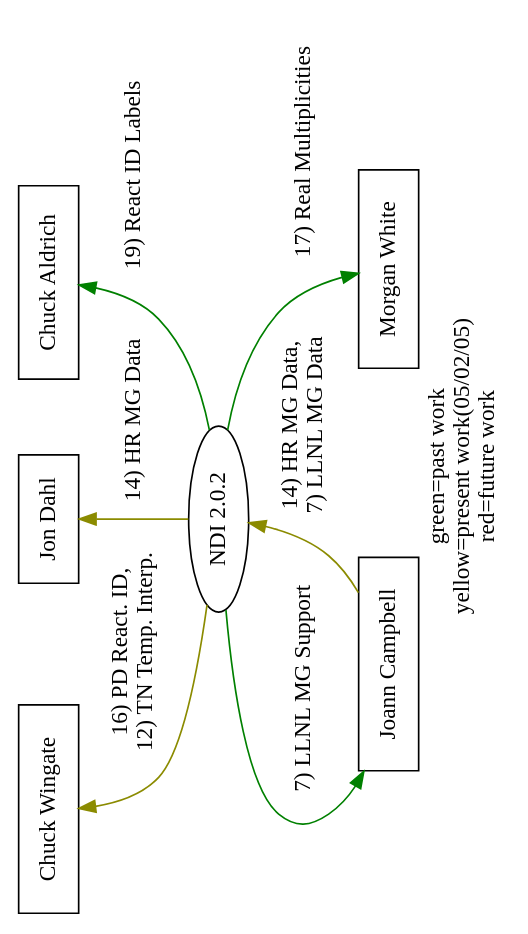
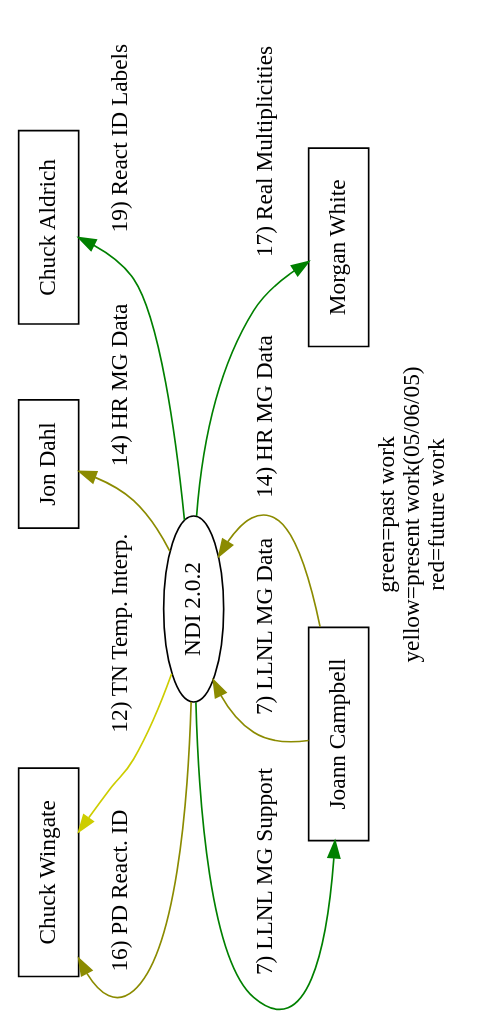
The diagram in doc/reqt/context_2.0.2.dot (lanl/ndi), drawn with Graphviz before and after one commit. The commit also changed 2 other files, not shown here.

```diff
--- a/doc/reqt/context_2.0.2.dot
+++ b/doc/reqt/context_2.0.2.dot
@@ -1,25 +1,27 @@
 digraph ndi {
 	orientation=landscape;
-	label="green=past work\nyellow=present work(05/02/05)\nred=future work";
+	label="green=past work\nyellow=present work(05/06/05)\nred=future work";
 	node[shape="box"];
 
 	/* stakeholders */
 	caw[label="Chuck Wingate"];
 	dahl[label="Jon Dahl"];
 	aldrich[label="Chuck Aldrich"];
 	jomc[label="Joann Campbell"];
 	morgan[label="Morgan White"];
 
 	/* project */
 	ndi[label="NDI 2.0.2", shape="ellipse"];
 	
-	jomc -> ndi[label="14) HR MG Data,\n7) LLNL MG Data", color=yellow4];
+	jomc -> ndi[label="7) LLNL MG Data", color=yellow4];
+	jomc -> ndi[label="14) HR MG Data", color=yellow4];
 	ndi -> jomc[label="7) LLNL MG Support", color=green];
-	ndi -> caw[label="16) PD React. ID,\n12) TN Temp. Interp.", color=yellow4];
+	ndi -> caw[label="16) PD React. ID", color=yellow4];
+	ndi -> caw[label="12) TN Temp. Interp.", color=yellow3];
 	ndi -> dahl[label="14) HR MG Data", color=yellow4];
 	ndi -> aldrich[label="19) React ID Labels", color=green];
 	ndi -> morgan[label="17) Real Multiplicities", color=green];
 
 	{rank = max; jomc; morgan}
 	{rank = min; caw; dahl; aldrich}
 }
```
